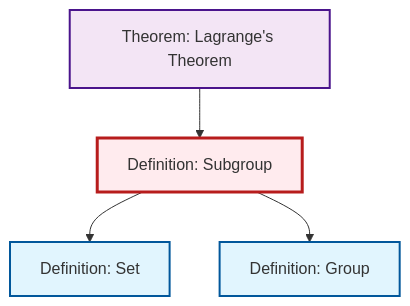
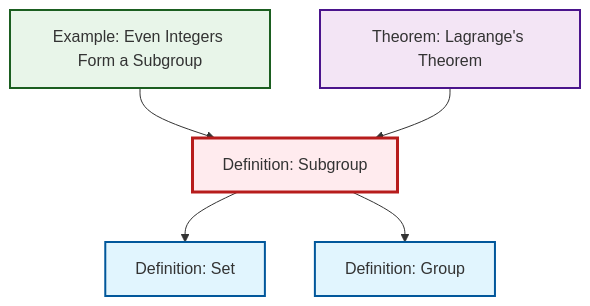
One commit to RK0429/ModernMath changed the diagram in content/en/algebra/def-subgroup.qmd. Above: the diagram before and after it, drawn with Mermaid. The commit also changed other lines of this file and 203 other files, not shown here.

````diff
--- a/content/en/algebra/def-subgroup.qmd
+++ b/content/en/algebra/def-subgroup.qmd
@@ -43,21 +43,19 @@
 ```{mermaid}
 %%| fig-cap: "Local dependency graph"
 graph TD
     classDef definition fill:#e1f5fe,stroke:#01579b,stroke-width:2px
     classDef theorem fill:#f3e5f5,stroke:#4a148c,stroke-width:2px
     classDef axiom fill:#fff3e0,stroke:#e65100,stroke-width:2px
     classDef example fill:#e8f5e9,stroke:#1b5e20,stroke-width:2px
     classDef current fill:#ffebee,stroke:#b71c1c,stroke-width:3px
+    def-group["Definition: Group"]:::definition
+    ex-even-integers-subgroup["Example: Even Integers Form a Subgroup"]:::example
+    def-set["Definition: Set"]:::definition
     def-subgroup["Definition: Subgroup"]:::definition
     thm-lagrange["Theorem: Lagrange's Theorem"]:::theorem
-    def-group["Definition: Group"]:::definition
-    def-set["Definition: Set"]:::definition
-    thm-lagrange --> def-subgroup
     def-subgroup --> def-set
     def-subgroup --> def-group
+    ex-even-integers-subgroup --> def-subgroup
+    thm-lagrange --> def-subgroup
     class def-subgroup current
-
-    click thm-lagrange "thm-lagrange.html" "Go to Lagrange's Theorem theorem"
-    click def-group "def-group.html" "Go to Group definition"
-    click def-set "def-set.html" "Go to Set definition"
 ```
````
